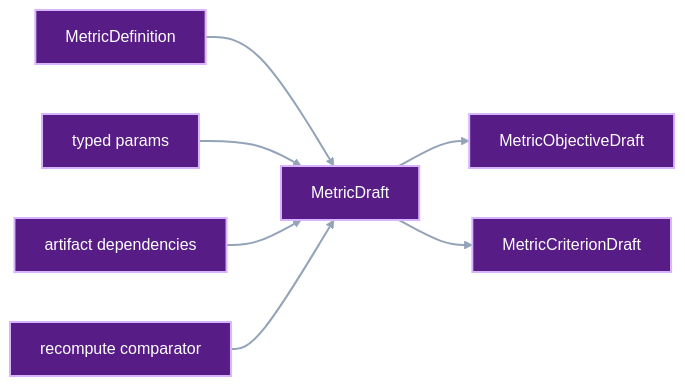
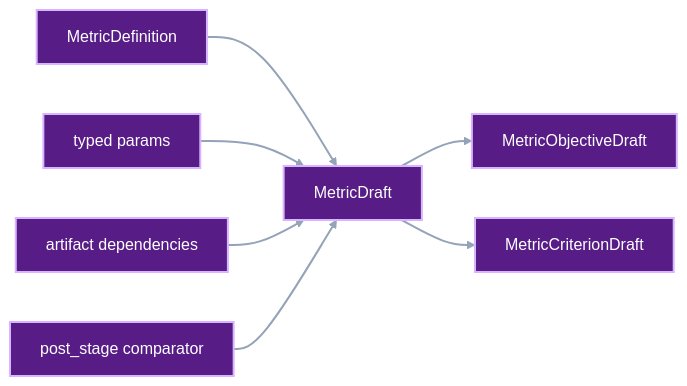
Before and after one commit to pvd232/viper: the second of 3 diagrams in docs/development/unified-metric-drafting.md, drawn with Mermaid. The commit also changed other lines of this file and 2 other files, not shown here.

````diff
--- a/docs/development/unified-metric-drafting.md
+++ b/docs/development/unified-metric-drafting.md
@@ -160,12 +168,12 @@
 ```mermaid
 flowchart LR
     Definition["MetricDefinition"] --> Draft["MetricDraft"]
     Params["typed params"] --> Draft
     Dependencies["artifact dependencies"] --> Draft
-    Comparator["recompute comparator"] --> Draft
+    Comparator["post_stage comparator"] --> Draft
     Draft --> Objective["MetricObjectiveDraft"]
     Draft --> Criterion["MetricCriterionDraft"]
     class Definition,Draft,Params,Dependencies,Comparator,Objective,Criterion proposed
     classDef proposed fill:#581c87,stroke:#d8b4fe,color:#ffffff,stroke-width:2px
     linkStyle default stroke:#94a3b8,stroke-width:2px
 ```
````
